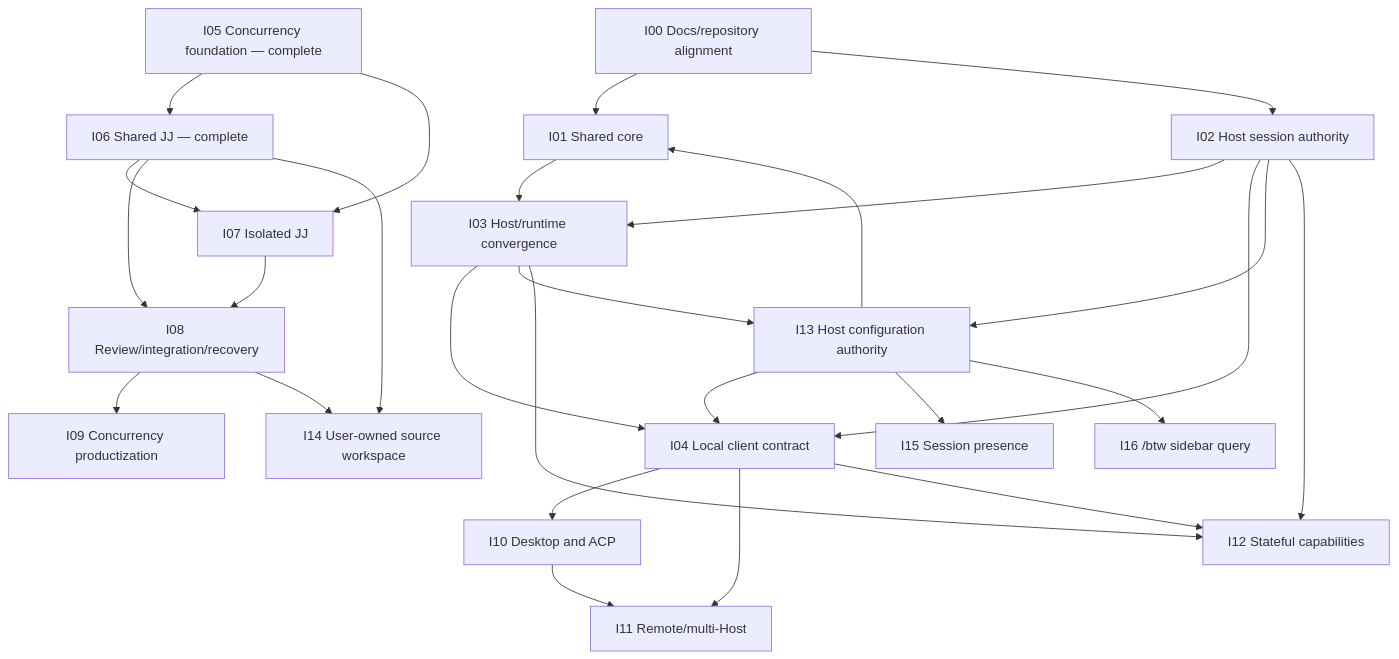
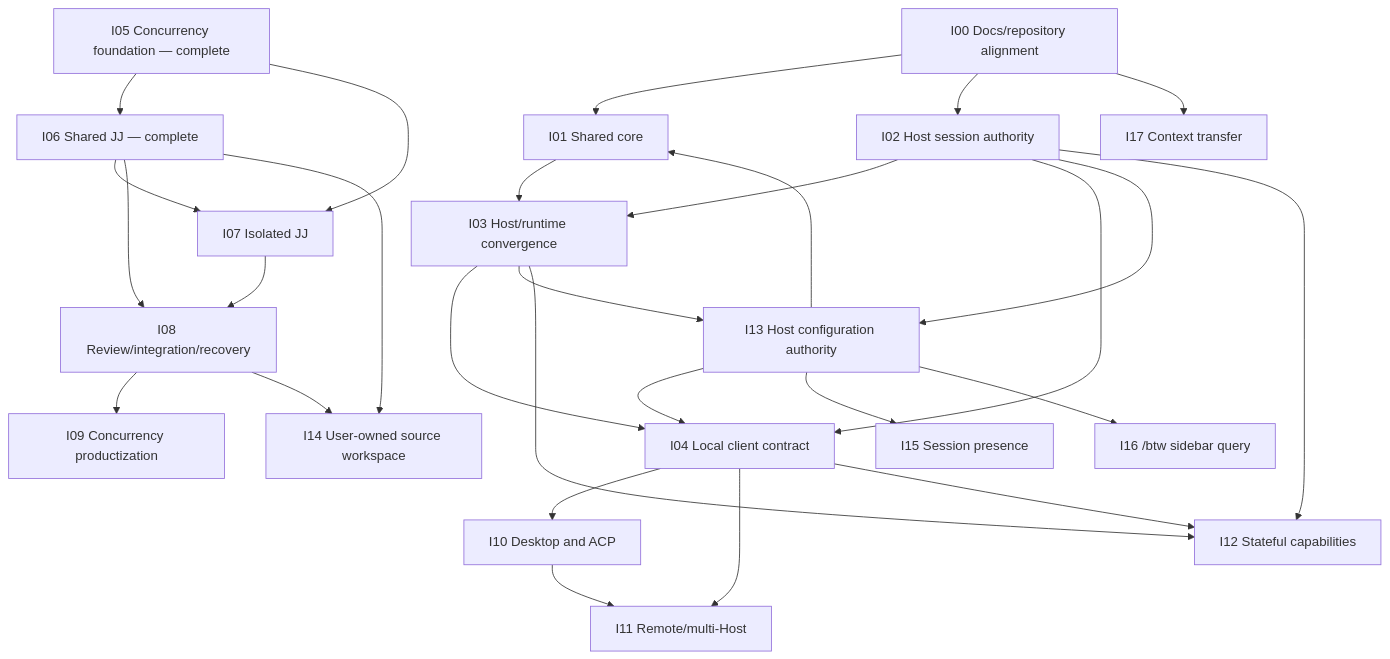
The diagram in docs/roadmap/README.md (xavierchanth/pi-guardian), drawn with Mermaid before and after one commit. The commit also changed other lines of this file and 1 other file, not shown here.

Commit message:
docs(roadmap): add I17 context transfer under bare /export and /import

````diff
--- a/docs/roadmap/README.md
+++ b/docs/roadmap/README.md
@@ -46,49 +47,51 @@
 ```mermaid
 graph TD
   I00[I00 Docs/repository alignment]
   I01[I01 Shared core]
   I02[I02 Host session authority]
   I03[I03 Host/runtime convergence]
   I04[I04 Local client contract]
   I05[I05 Concurrency foundation — complete]
   I06[I06 Shared JJ — complete]
   I07[I07 Isolated JJ]
   I08[I08 Review/integration/recovery]
   I09[I09 Concurrency productization]
   I10[I10 Desktop and ACP]
   I11[I11 Remote/multi-Host]
   I12[I12 Stateful capabilities]
   I13[I13 Host configuration authority]
   I14[I14 User-owned source workspace]
   I15[I15 Session presence]
   I16[I16 /btw sidebar query]
+  I17[I17 Context transfer]
 
   I00 --> I01
   I00 --> I02
   I01 --> I03
   I02 --> I03
   I02 --> I04
   I03 --> I04
   I02 --> I13
   I03 --> I13
   I13 --> I01
   I13 --> I04
   I13 --> I15
   I13 --> I16
+  I00 --> I17
 
   I05 --> I06
   I05 --> I07
   I06 --> I07
   I06 --> I08
   I07 --> I08
   I08 --> I09
   I06 --> I14
   I08 --> I14
 
   I04 --> I10
   I04 --> I11
   I10 --> I11
   I02 --> I12
   I03 --> I12
   I04 --> I12
 ```
````
